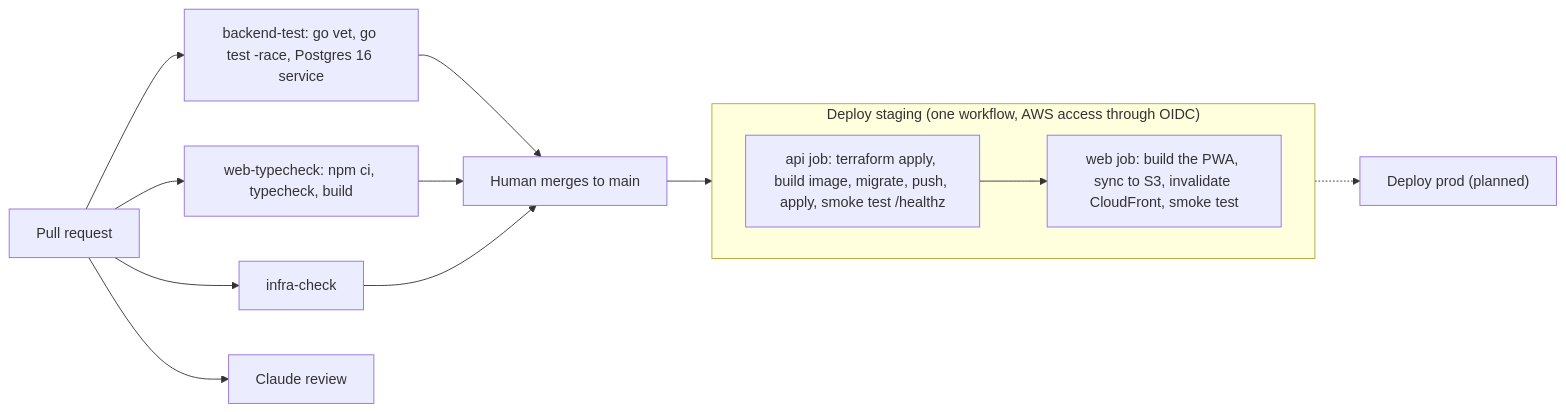
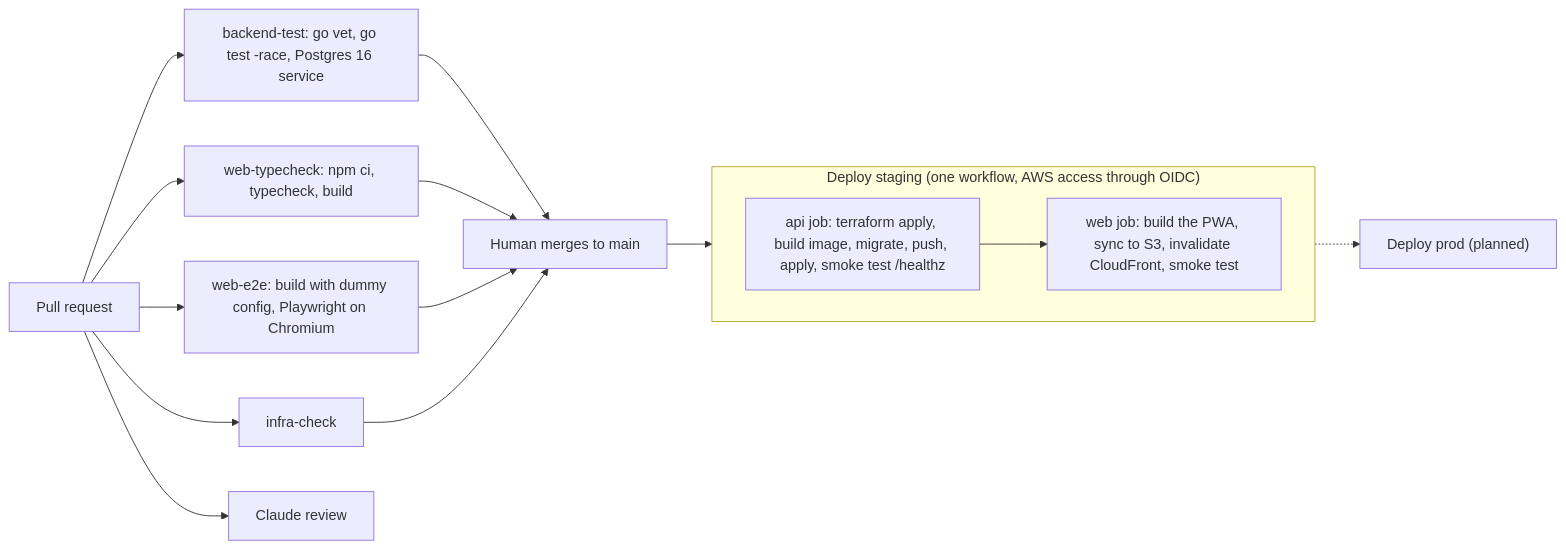
The third of 3 diagrams in docs/architecture/infrastructure.md (AbnerWillclefy/Homeowner), drawn with Mermaid before and after one commit. The commit also changed other lines of this file and 1 other file, not shown here.

Commit message:
docs(web): describe the playwright suite and web-e2e check

````diff
--- a/docs/architecture/infrastructure.md
+++ b/docs/architecture/infrastructure.md
@@ -72,18 +72,20 @@
 ```mermaid
 flowchart LR
     PR["Pull request"] --> BT["backend-test: go vet, go test -race, Postgres 16 service"]
     PR --> WT["web-typecheck: npm ci, typecheck, build"]
+    PR --> E2E["web-e2e: build with dummy config, Playwright on Chromium"]
     PR --> IC["infra-check"]
     PR --> CR["Claude review"]
     BT --> M["Human merges to main"]
     WT --> M
+    E2E --> M
     IC --> M
     M --> DS
     subgraph DS["Deploy staging (one workflow, AWS access through OIDC)"]
       direction LR
       api["api job: terraform apply, build image, migrate, push, apply, smoke test /healthz"]
       web["web job: build the PWA, sync to S3, invalidate CloudFront, smoke test"]
       api --> web
     end
     DS -.-> DP["Deploy prod (planned)"]
 ```
````
